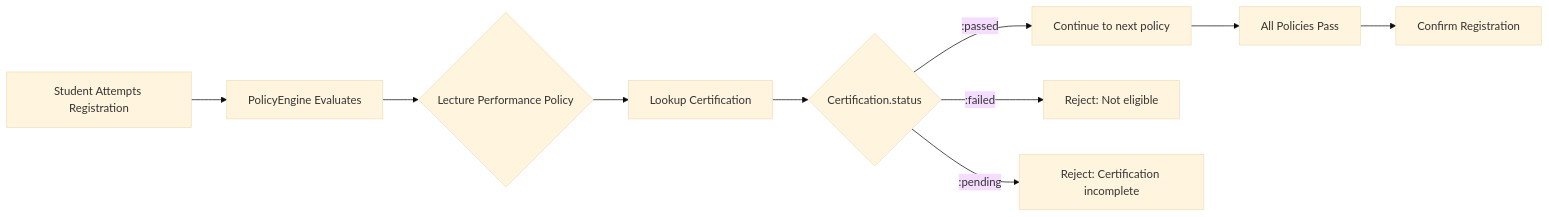
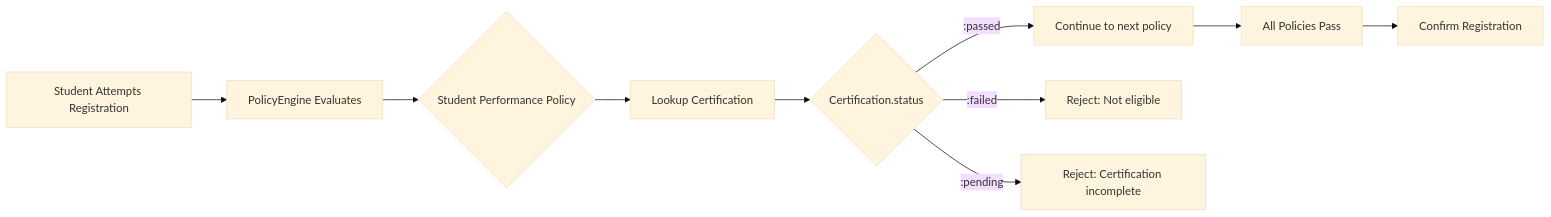
Before and after one commit to MaMpf-HD/mampf: the first of 2 diagrams in architecture/src/features/06-end-to-end-workflow.md, drawn with Mermaid (base theme). The commit also changed other lines of this file and 16 other files, not shown here.

Commit message:
Replace "Lecture Performance" with "Student Performance"

````diff
--- a/architecture/src/features/06-end-to-end-workflow.md
+++ b/architecture/src/features/06-end-to-end-workflow.md
@@ -319,12 +319,12 @@
 ```mermaid
 graph LR
     A[Student Attempts Registration] --> B[PolicyEngine Evaluates]
-    B --> C{Lecture Performance Policy}
+    B --> C{Student Performance Policy}
     C --> D[Lookup Certification]
     D --> E{Certification.status}
     E -->|:passed| F[Continue to next policy]
     E -->|:failed| G[Reject: Not eligible]
     E -->|:pending| H[Reject: Certification incomplete]
     F --> I[All Policies Pass]
     I --> J[Confirm Registration]
 ```
````
